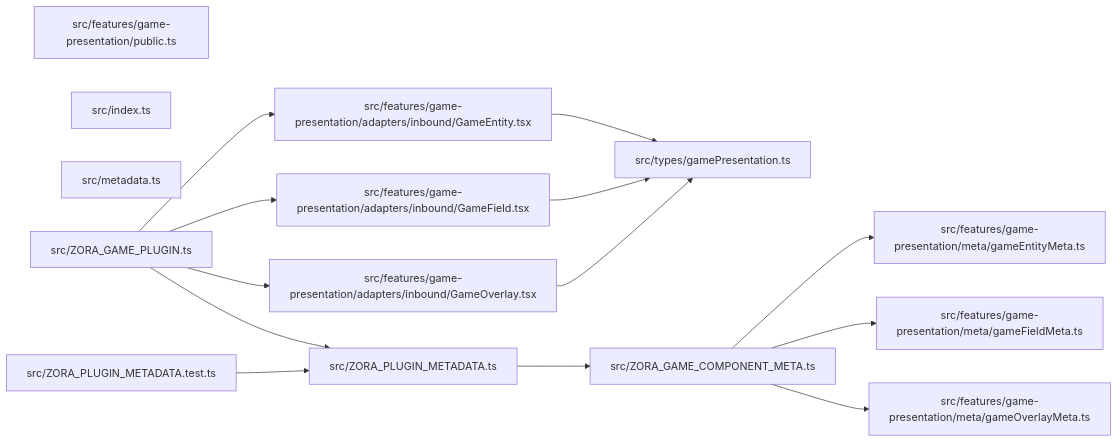
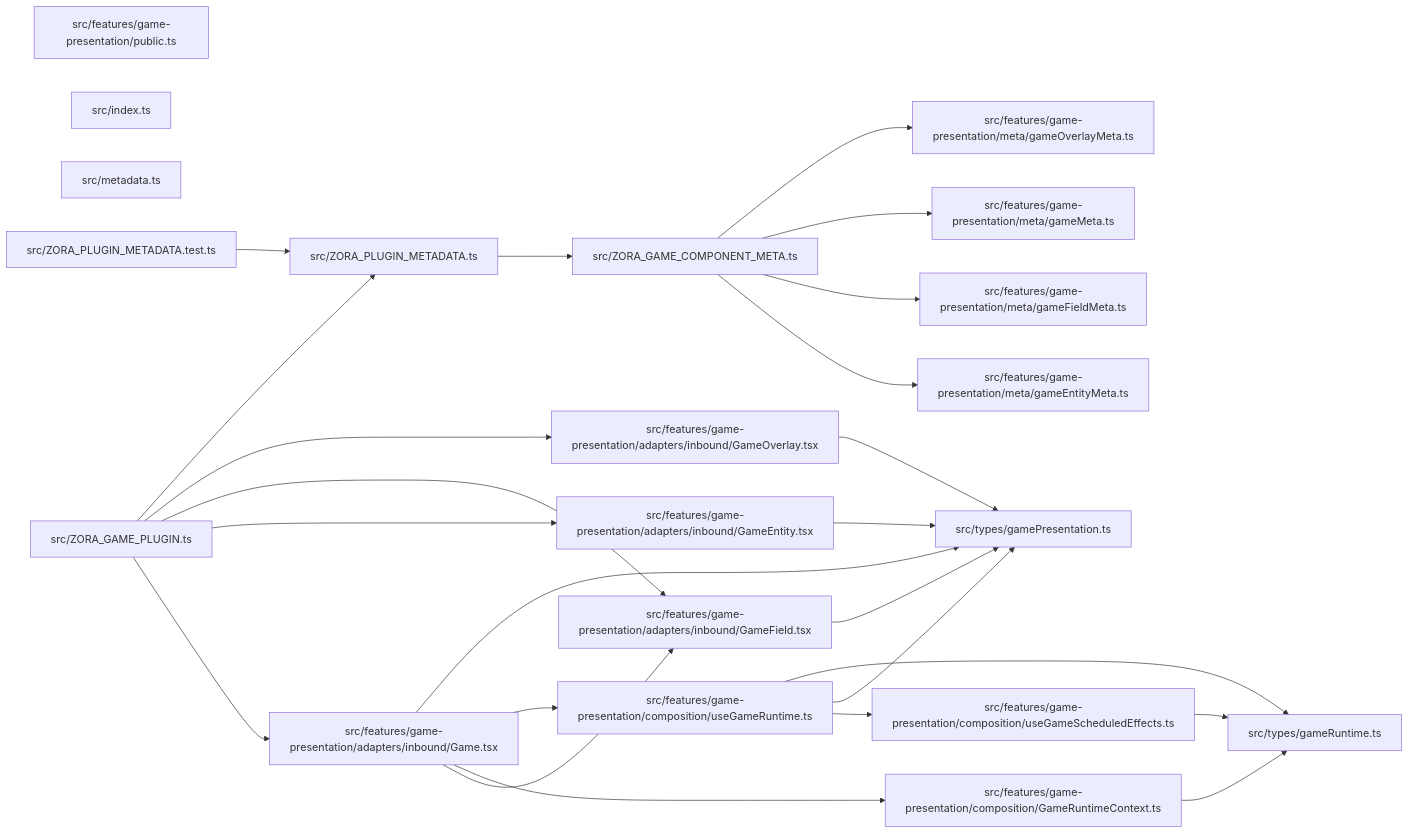
The diagram in paradox/diagrams/module-relationships.mmd (ankhorage/zora-game), drawn with Mermaid before and after one commit. The commit also changed 13 other files, not shown here.

```diff
--- a/paradox/diagrams/module-relationships.mmd
+++ b/paradox/diagrams/module-relationships.mmd
@@ -1,27 +1,44 @@
 graph LR
+  module_src_features_game_presentation_adapters_inbound_Game_tsx["src/features/game-presentation/adapters/inbound/Game.tsx"]
   module_src_features_game_presentation_adapters_inbound_GameEntity_tsx["src/features/game-presentation/adapters/inbound/GameEntity.tsx"]
   module_src_features_game_presentation_adapters_inbound_GameField_tsx["src/features/game-presentation/adapters/inbound/GameField.tsx"]
   module_src_features_game_presentation_adapters_inbound_GameOverlay_tsx["src/features/game-presentation/adapters/inbound/GameOverlay.tsx"]
+  module_src_features_game_presentation_composition_GameRuntimeContext_ts["src/features/game-presentation/composition/GameRuntimeContext.ts"]
+  module_src_features_game_presentation_composition_useGameRuntime_ts["src/features/game-presentation/composition/useGameRuntime.ts"]
+  module_src_features_game_presentation_composition_useGameScheduledEffects_ts["src/features/game-presentation/composition/useGameScheduledEffects.ts"]
   module_src_features_game_presentation_meta_gameEntityMeta_ts["src/features/game-presentation/meta/gameEntityMeta.ts"]
   module_src_features_game_presentation_meta_gameFieldMeta_ts["src/features/game-presentation/meta/gameFieldMeta.ts"]
+  module_src_features_game_presentation_meta_gameMeta_ts["src/features/game-presentation/meta/gameMeta.ts"]
   module_src_features_game_presentation_meta_gameOverlayMeta_ts["src/features/game-presentation/meta/gameOverlayMeta.ts"]
   module_src_features_game_presentation_public_ts["src/features/game-presentation/public.ts"]
   module_src_index_ts["src/index.ts"]
   module_src_metadata_ts["src/metadata.ts"]
   module_src_types_gamePresentation_ts["src/types/gamePresentation.ts"]
+  module_src_types_gameRuntime_ts["src/types/gameRuntime.ts"]
   module_src_ZORA_GAME_COMPONENT_META_ts["src/ZORA_GAME_COMPONENT_META.ts"]
   module_src_ZORA_GAME_PLUGIN_ts["src/ZORA_GAME_PLUGIN.ts"]
   module_src_ZORA_PLUGIN_METADATA_test_ts["src/ZORA_PLUGIN_METADATA.test.ts"]
   module_src_ZORA_PLUGIN_METADATA_ts["src/ZORA_PLUGIN_METADATA.ts"]
+  module_src_features_game_presentation_adapters_inbound_Game_tsx --> module_src_features_game_presentation_adapters_inbound_GameField_tsx
+  module_src_features_game_presentation_adapters_inbound_Game_tsx --> module_src_features_game_presentation_composition_GameRuntimeContext_ts
+  module_src_features_game_presentation_adapters_inbound_Game_tsx --> module_src_features_game_presentation_composition_useGameRuntime_ts
+  module_src_features_game_presentation_adapters_inbound_Game_tsx --> module_src_types_gamePresentation_ts
   module_src_features_game_presentation_adapters_inbound_GameEntity_tsx --> module_src_types_gamePresentation_ts
   module_src_features_game_presentation_adapters_inbound_GameField_tsx --> module_src_types_gamePresentation_ts
   module_src_features_game_presentation_adapters_inbound_GameOverlay_tsx --> module_src_types_gamePresentation_ts
+  module_src_features_game_presentation_composition_GameRuntimeContext_ts --> module_src_types_gameRuntime_ts
+  module_src_features_game_presentation_composition_useGameRuntime_ts --> module_src_features_game_presentation_composition_useGameScheduledEffects_ts
+  module_src_features_game_presentation_composition_useGameRuntime_ts --> module_src_types_gamePresentation_ts
+  module_src_features_game_presentation_composition_useGameRuntime_ts --> module_src_types_gameRuntime_ts
+  module_src_features_game_presentation_composition_useGameScheduledEffects_ts --> module_src_types_gameRuntime_ts
   module_src_ZORA_GAME_COMPONENT_META_ts --> module_src_features_game_presentation_meta_gameEntityMeta_ts
   module_src_ZORA_GAME_COMPONENT_META_ts --> module_src_features_game_presentation_meta_gameFieldMeta_ts
+  module_src_ZORA_GAME_COMPONENT_META_ts --> module_src_features_game_presentation_meta_gameMeta_ts
   module_src_ZORA_GAME_COMPONENT_META_ts --> module_src_features_game_presentation_meta_gameOverlayMeta_ts
+  module_src_ZORA_GAME_PLUGIN_ts --> module_src_features_game_presentation_adapters_inbound_Game_tsx
   module_src_ZORA_GAME_PLUGIN_ts --> module_src_features_game_presentation_adapters_inbound_GameEntity_tsx
   module_src_ZORA_GAME_PLUGIN_ts --> module_src_features_game_presentation_adapters_inbound_GameField_tsx
   module_src_ZORA_GAME_PLUGIN_ts --> module_src_features_game_presentation_adapters_inbound_GameOverlay_tsx
   module_src_ZORA_GAME_PLUGIN_ts --> module_src_ZORA_PLUGIN_METADATA_ts
   module_src_ZORA_PLUGIN_METADATA_test_ts --> module_src_ZORA_PLUGIN_METADATA_ts
   module_src_ZORA_PLUGIN_METADATA_ts --> module_src_ZORA_GAME_COMPONENT_META_ts
```
